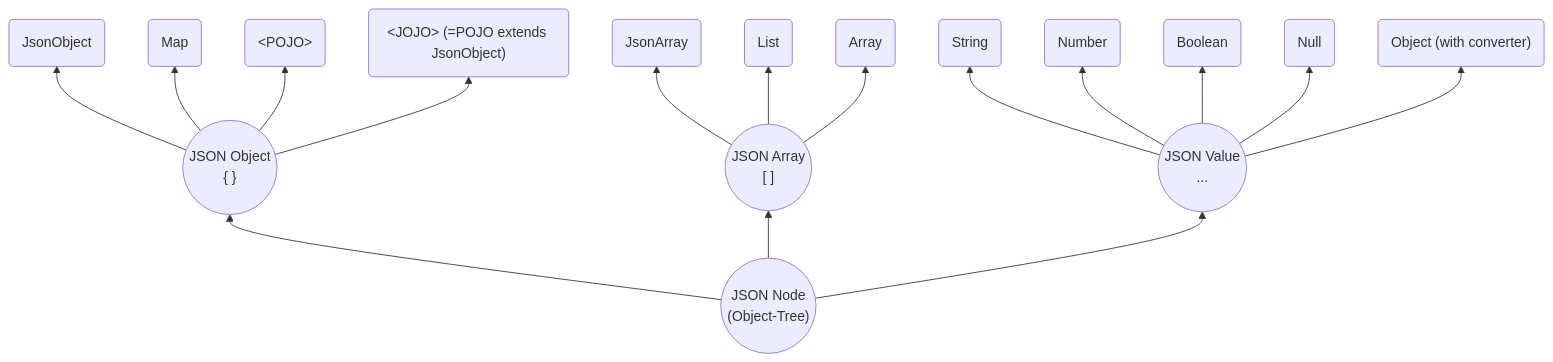
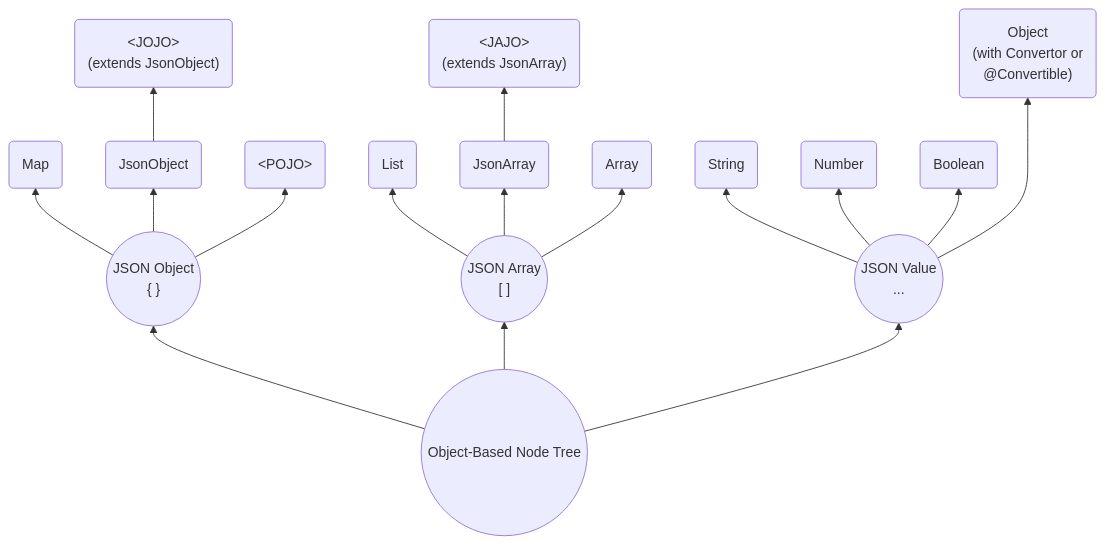
The diagram in README.md (sjf4j-projects/sjf4j), drawn with Mermaid before and after one commit. The commit also changed 13 other files, not shown here.

````diff
--- a/README.md
+++ b/README.md
@@ -18,19 +18,20 @@
 ```mermaid
 graph BT
-    node(("JSON Node <br/> (Object-Tree)"))
+    node(("Object-Based Node Tree"))
     node --> object(("JSON Object <br/> { }"))
+        object --> map("Map")
         object --> jo("JsonObject")
-        object --> map("Map")
+            jo --> jojo(" &lt;JOJO&gt; <br/> (extends JsonObject)")
         object --> pojo(" &lt;POJO&gt; ")
-        object --> jojo(" &lt;JOJO&gt; (=POJO extends JsonObject)")
     node --> array(("JSON Array <br/> [ ]"))
+        array --> list("List")
         array --> ja("JsonArray")
-        array --> list("List")
+            ja --> jajo(" &lt;JAJO&gt; <br/> (extends JsonArray)")
         array --> arr("Array")
     node --> value(("JSON Value <br/> ..."))
         value --> string("String")
         value --> number("Number")
         value --> boolean("Boolean")
-        value --> null("Null")
-        value --> converted("Object (with converter)")
+        value ---> converted("Object <br/> (with Convertor or <br/> @Convertible)")
+        
 ```
````
